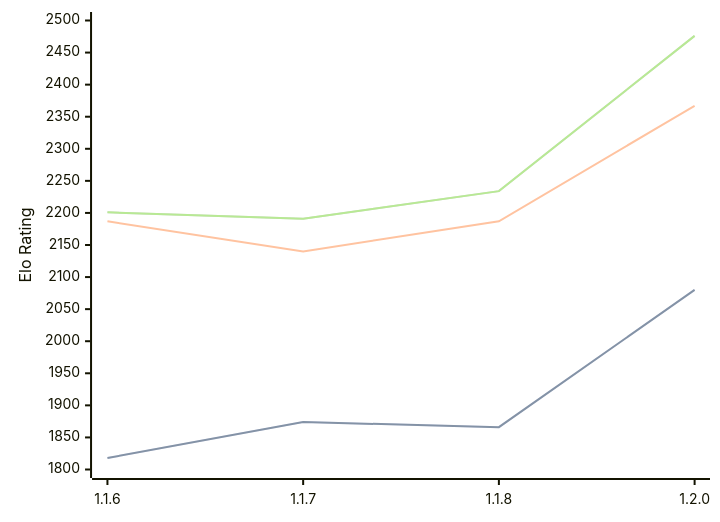
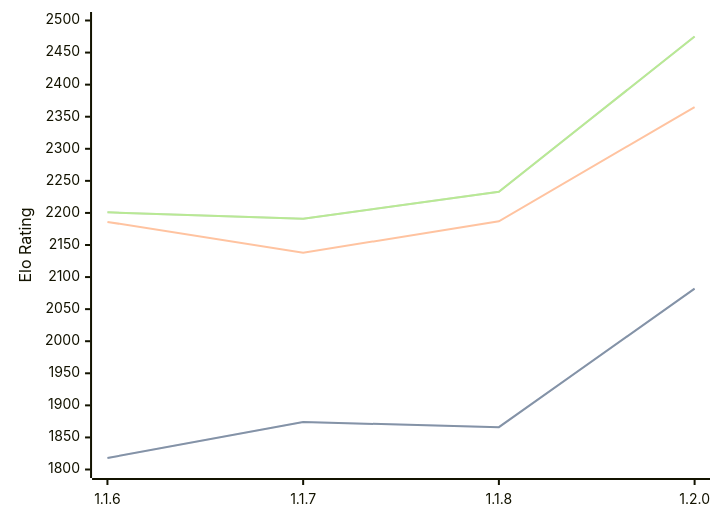
One commit to computer-chess-index/cci changed the diagram in engines/Soomi.md. Above: the diagram before and after it, drawn with Mermaid. The commit also changed other lines of this file, not shown here.

Commit message:
Update CCI Ratings (ELO VLTC) - 2026-03-18

````diff
--- a/engines/Soomi.md
+++ b/engines/Soomi.md
@@ -32,11 +32,11 @@
 ```mermaid
 %%{init: {"theme":"base","themeVariables":{"seriesColors:['#a3a3a3','#222221','#faa371']}}}%%
 xychart-beta
   x-axis ["1.1.6", "1.1.7", "1.1.8", "1.2.0"]
   y-axis "Elo Rating" 1800 --> 2500
-  line "STC (8.0+0.08s)" [1818, 1874, 1866, 2080]
-  line "STC (8.0+0.08s)" [1818, 1874, 1866, 2080]
-  line "LTC (60.0+0.60s)" [2187, 2140, 2187, 2367]
-  line "VLTC (2m24s+1.12s)" [2201, 2191, 2234, 2476]
-  line "VLTC (2m24s+1.12s)" [2201, 2191, 2234, 2476]
+  line "STC (8.0+0.08s)" [1818, 1874, 1866, 2082]
+  line "STC (8.0+0.08s)" [1818, 1874, 1866, 2082]
+  line "LTC (60.0+0.60s)" [2186, 2138, 2187, 2365]
+  line "VLTC (2m24s+1.12s)" [2201, 2191, 2233, 2475]
+  line "VLTC (2m24s+1.12s)" [2201, 2191, 2233, 2475]
 ```
````
